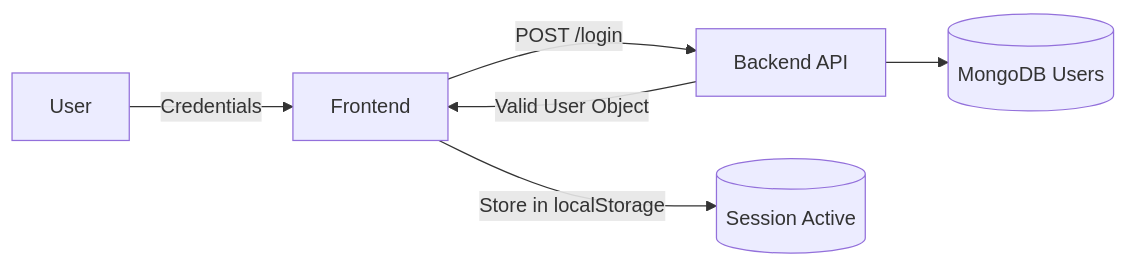
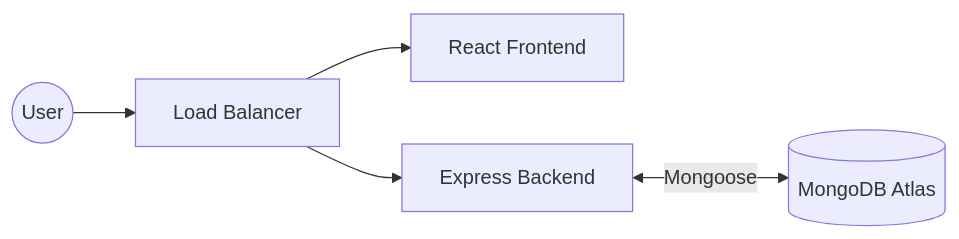
One commit to Khush-GKMIT/Hotel-Management-System-Docs changed the third of 7 diagrams in docs/Technical-documentation.md. Above: the diagram before and after it, drawn with Mermaid. The commit also changed other lines of this file and 8 other files, not shown here.

````diff
--- a/docs/Technical-documentation.md
+++ b/docs/Technical-documentation.md
@@ -70,8 +95,7 @@
 ```mermaid
 flowchart LR
-User -->|Credentials| FE[Frontend]
-FE -->|POST /login| BE[Backend API]
-BE --> DB[(MongoDB Users)]
-BE -->|Valid User Object| FE
-FE -->|Store in localStorage| Session[(Session Active)]
+    User((User)) --> LB[Load Balancer]
+    LB --> FE[React Frontend]
+    LB --> BE[Express Backend]
+    BE <-->|Mongoose| DB[(MongoDB Atlas)]
 ```
````
